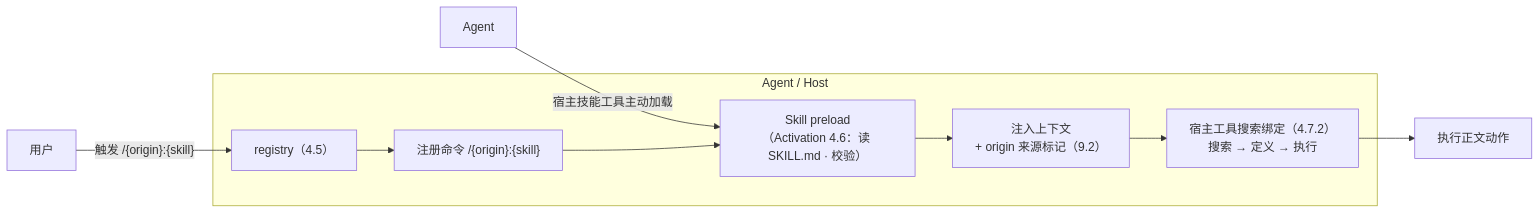
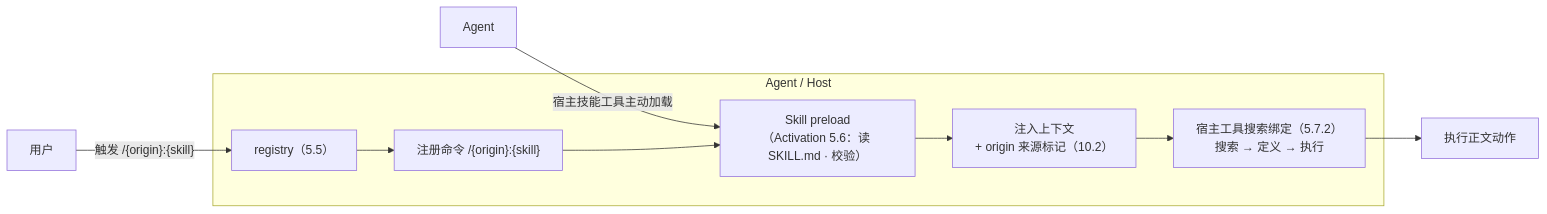
Diagram 12 of 14 in MCPP.md (KonghaYao/peri-studio), drawn with Mermaid before and after one commit. The commit also changed other lines of this file, not shown here.

First line of the commit message:
docs: 新增 MCPP Registry 章节（npm 分发规范与两种部署形态）

````diff
--- a/MCPP.md
+++ b/MCPP.md
@@ -646,12 +761,12 @@
 ```mermaid
 flowchart LR
     U["用户"] -->|"触发 /{origin}:{skill}"| REG
     A["Agent"] -->|"宿主技能工具主动加载"| PRE
     subgraph HOST["Agent / Host"]
-        REG["registry（4.5）"] --> CMD["注册命令 /{origin}:{skill}"]
-        CMD --> PRE["Skill preload<br/>（Activation 4.6：读 SKILL.md · 校验）"]
-        PRE --> INJ["注入上下文<br/>+ origin 来源标记（9.2）"]
-        INJ --> TS["宿主工具搜索绑定（4.7.2）<br/>搜索 → 定义 → 执行"]
+        REG["registry（5.5）"] --> CMD["注册命令 /{origin}:{skill}"]
+        CMD --> PRE["Skill preload<br/>（Activation 5.6：读 SKILL.md · 校验）"]
+        PRE --> INJ["注入上下文<br/>+ origin 来源标记（10.2）"]
+        INJ --> TS["宿主工具搜索绑定（5.7.2）<br/>搜索 → 定义 → 执行"]
     end
     TS --> EX["执行正文动作"]
 ```
````
